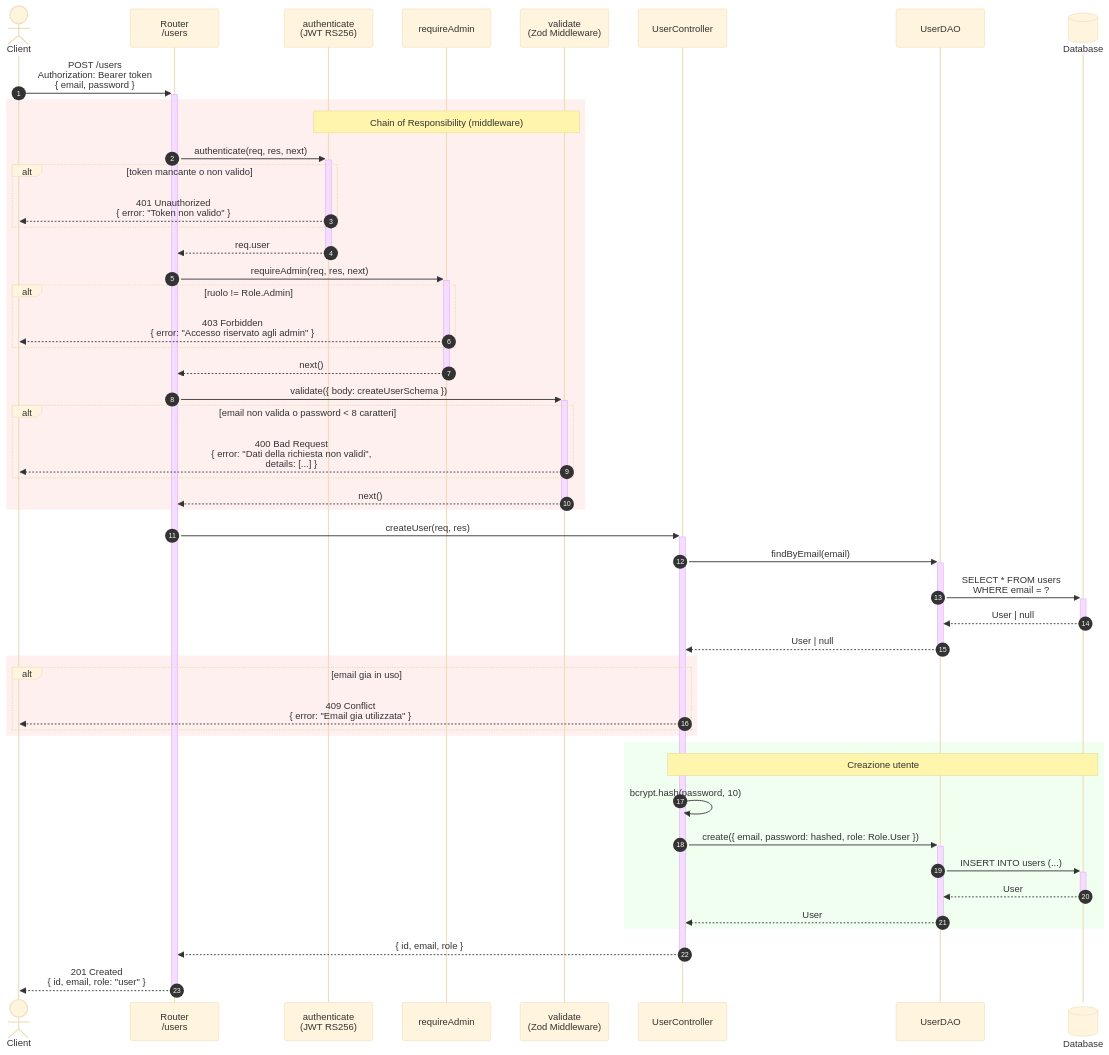
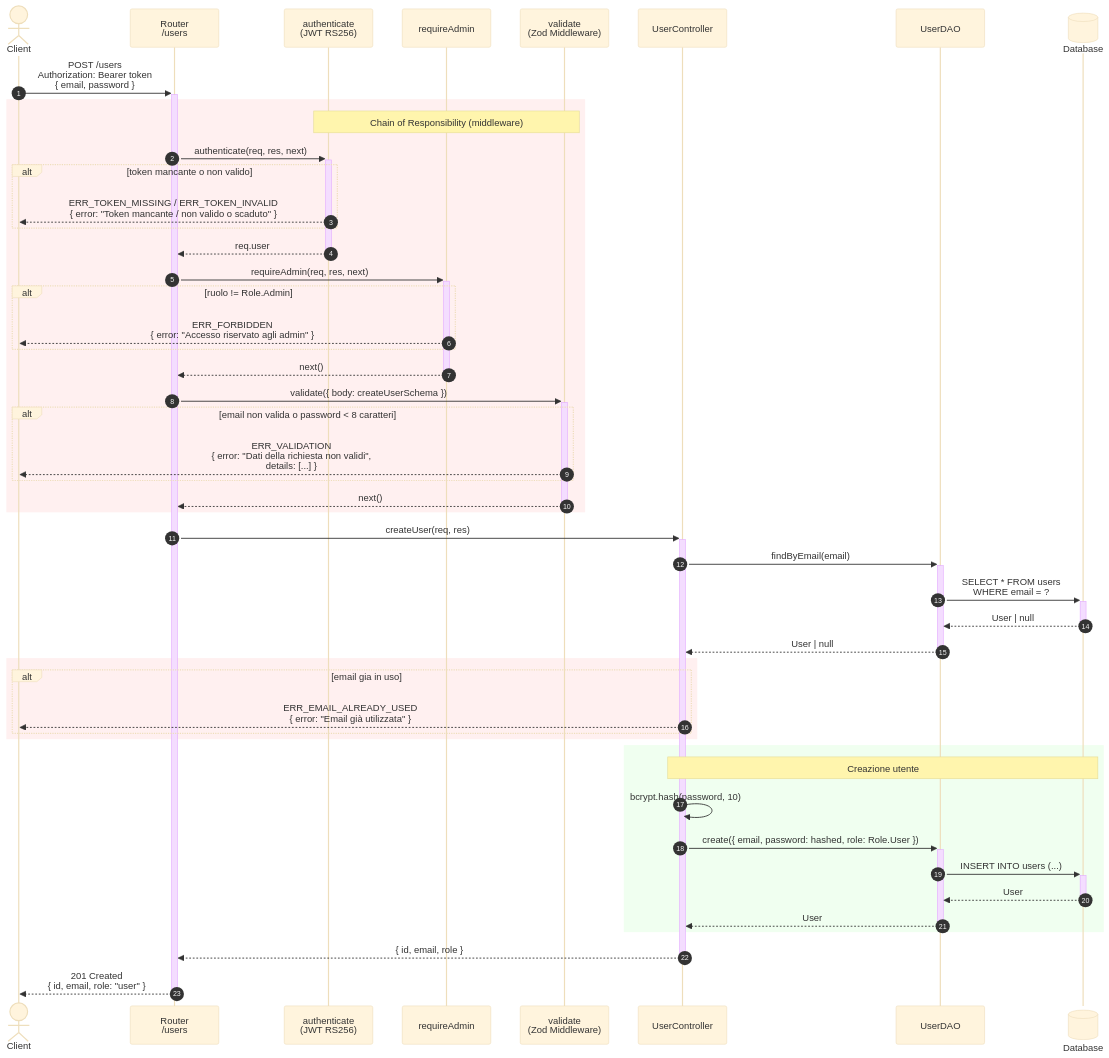
The third of 9 diagrams in README.md (zDarius21/Programmazione_Avanzata), drawn with Mermaid (base theme) before and after one commit. The commit also changed other lines of this file and 6 other files, not shown here.

````diff
--- a/README.md
+++ b/README.md
@@ -309,60 +316,60 @@
 ```mermaid
 sequenceDiagram
     autonumber
     actor Client
     participant Router as Router<br/>/users
     participant Auth as authenticate<br/>(JWT RS256)
     participant Role as requireAdmin
     participant Validate as validate<br/>(Zod Middleware)
     participant Controller as UserController
     participant DAO as UserDAO
     participant DB@{ "type": "database" } as Database
 
     Client->>+Router: POST /users<br/>Authorization: Bearer token<br/>{ email, password }
 
     rect rgb(255, 240, 240)
         note over Auth,Validate: Chain of Responsibility (middleware)
         Router->>+Auth: authenticate(req, res, next)
         alt token mancante o non valido
-            Auth-->>Client: 401 Unauthorized<br/>{ error: "Token non valido" }
+            Auth-->>Client: ERR_TOKEN_MISSING / ERR_TOKEN_INVALID<br/>{ error: "Token mancante / non valido o scaduto" }
         end
         Auth-->>-Router: req.user
 
         Router->>+Role: requireAdmin(req, res, next)
         alt ruolo != Role.Admin
-            Role-->>Client: 403 Forbidden<br/>{ error: "Accesso riservato agli admin" }
+            Role-->>Client: ERR_FORBIDDEN<br/>{ error: "Accesso riservato agli admin" }
         end
         Role-->>-Router: next()
 
         Router->>+Validate: validate({ body: createUserSchema })
         alt email non valida o password < 8 caratteri
-            Validate-->>Client: 400 Bad Request<br/>{ error: "Dati della richiesta non validi",<br/>details: [...] }
+            Validate-->>Client: ERR_VALIDATION<br/>{ error: "Dati della richiesta non validi",<br/>details: [...] }
         end
         Validate-->>-Router: next()
     end
 
     Router->>+Controller: createUser(req, res)
 
     Controller->>+DAO: findByEmail(email)
     DAO->>+DB: SELECT * FROM users<br/>WHERE email = ?
     DB-->>-DAO: User | null
     DAO-->>-Controller: User | null
 
     rect rgb(255, 240, 240)
         alt email gia in uso
-            Controller-->>Client: 409 Conflict<br/>{ error: "Email gia utilizzata" }
+            Controller-->>Client: ERR_EMAIL_ALREADY_USED<br/>{ error: "Email già utilizzata" }
         end
     end
 
     rect rgb(240, 255, 240)
         note over Controller,DB: Creazione utente
         Controller->>Controller: bcrypt.hash(password, 10)
         Controller->>+DAO: create({ email, password: hashed, role: Role.User })
         DAO->>+DB: INSERT INTO users (...)
         DB-->>-DAO: User
         DAO-->>-Controller: User
     end
 
     Controller-->>-Router: { id, email, role }
     Router-->>-Client: 201 Created<br/>{ id, email, role: "user" }
 ```
````
